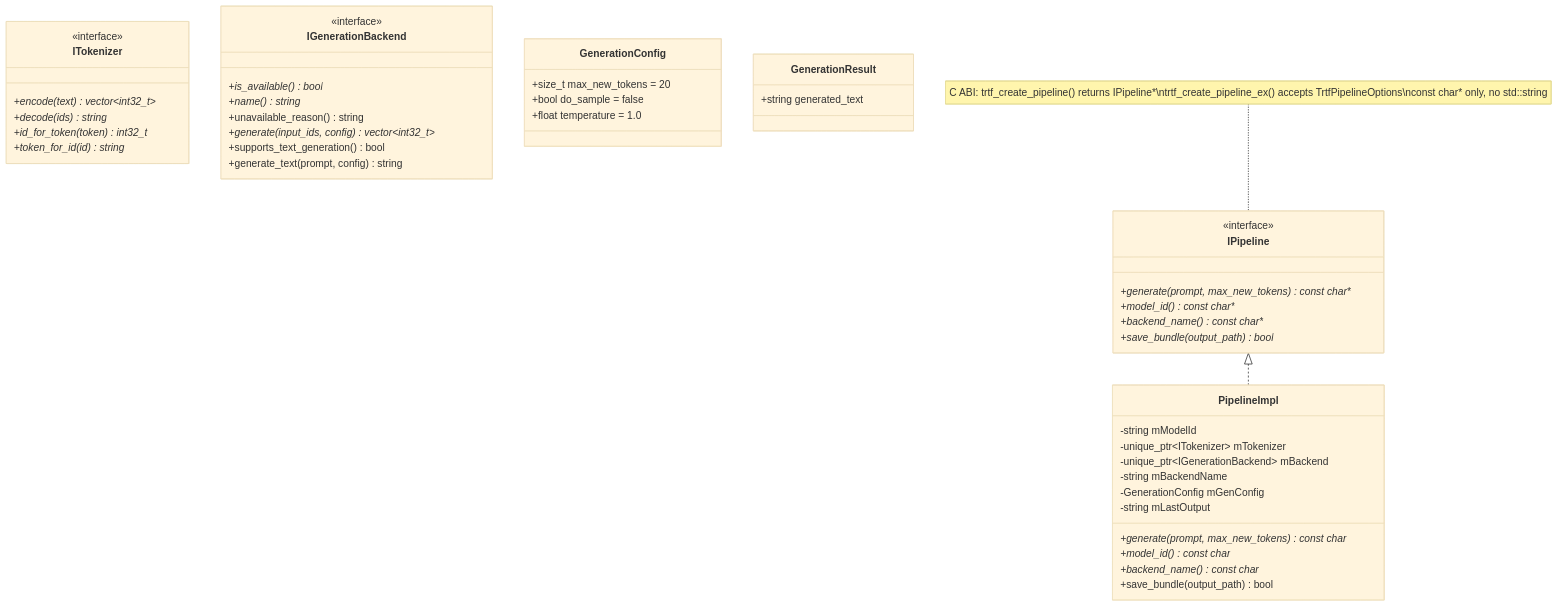
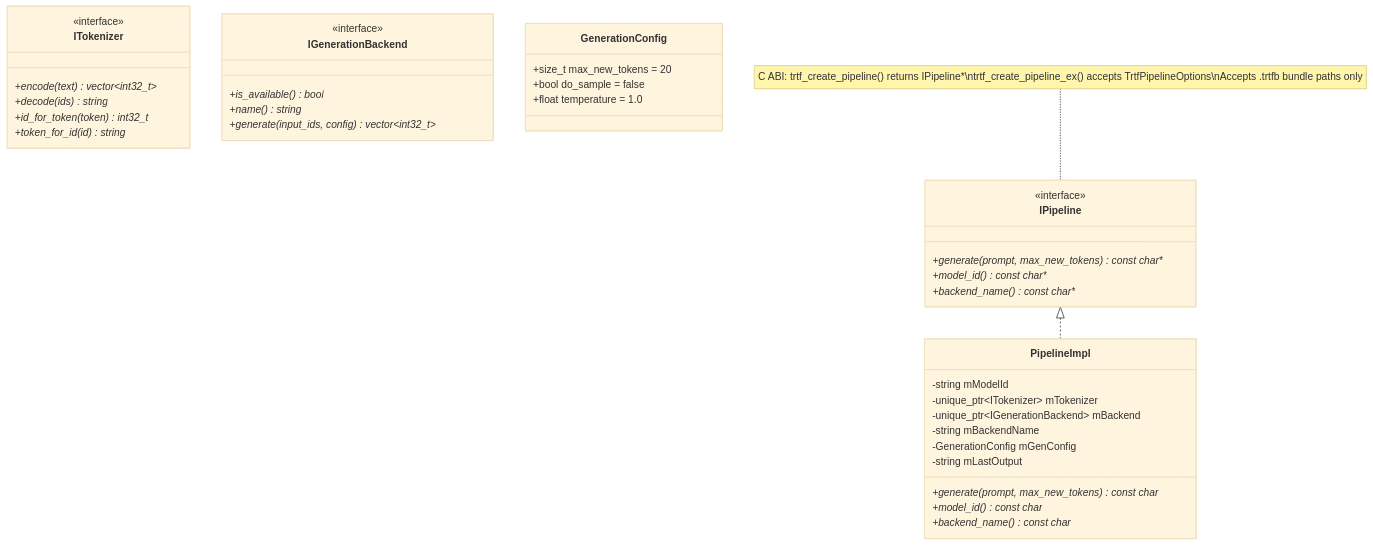
The first of 3 diagrams in docs/wiki/Static-Design.md (AbishekCoder1/TensorRT-Model-Connect), drawn with Mermaid (base theme) before and after one commit. The commit also changed other lines of this file and 108 other files, not shown here.

````diff
--- a/docs/wiki/Static-Design.md
+++ b/docs/wiki/Static-Design.md
@@ -23,56 +22,46 @@
 ```mermaid
 classDiagram
     class IPipeline {
         <<interface>>
         +generate(prompt, max_new_tokens)* const char*
         +model_id()* const char*
         +backend_name()* const char*
-        +save_bundle(output_path)* bool
     }
 
     class PipelineImpl {
         -string mModelId
         -unique_ptr~ITokenizer~ mTokenizer
         -unique_ptr~IGenerationBackend~ mBackend
         -string mBackendName
         -GenerationConfig mGenConfig
         -string mLastOutput
         +generate(prompt, max_new_tokens) const char*
         +model_id() const char*
         +backend_name() const char*
-        +save_bundle(output_path) bool
     }
 
     IPipeline <|.. PipelineImpl
 
-    note for IPipeline "C ABI: trtf_create_pipeline() returns IPipeline*\ntrtf_create_pipeline_ex() accepts TrtfPipelineOptions\nconst char* only, no std::string"
+    note for IPipeline "C ABI: trtf_create_pipeline() returns IPipeline*\ntrtf_create_pipeline_ex() accepts TrtfPipelineOptions\nAccepts .trtfb bundle paths only"
 
     class ITokenizer {
         <<interface>>
         +encode(text)* vector~int32_t~
         +decode(ids)* string
         +id_for_token(token)* int32_t
         +token_for_id(id)* string
     }
 
     class IGenerationBackend {
         <<interface>>
         +is_available()* bool
         +name()* string
-        +unavailable_reason() string
         +generate(input_ids, config)* vector~int32_t~
-        +supports_text_generation() bool
-        +generate_text(prompt, config) string
     }
 
     class GenerationConfig {
         +size_t max_new_tokens = 20
         +bool do_sample = false
         +float temperature = 1.0
     }
-
-    class GenerationResult {
-        +string generated_text
-    }
-
 ```
````
